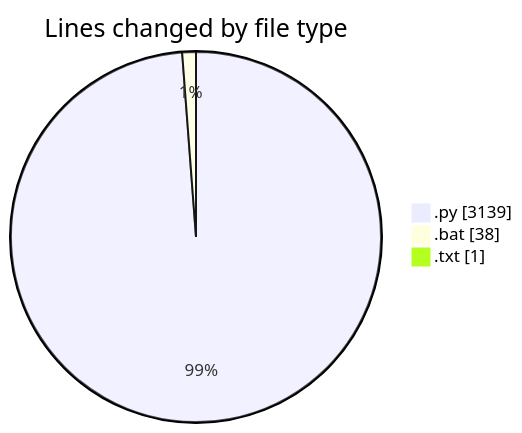
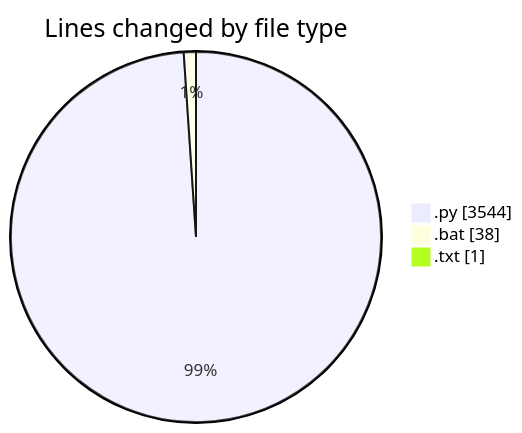
The first of 2 diagrams in 2025-07-21/reg/README.md (lephambinh05/code-tracking), drawn with Mermaid before and after one commit. The commit also changed other lines of this file and 1 other file, not shown here.

````diff
--- a/2025-07-21/reg/README.md
+++ b/2025-07-21/reg/README.md
@@ -32,7 +34,7 @@
 ```mermaid
 pie showData
 title Lines changed by file type
-".py" : 3139
+".py" : 3544
 ".bat" : 38
 ".txt" : 1
 ```
````
